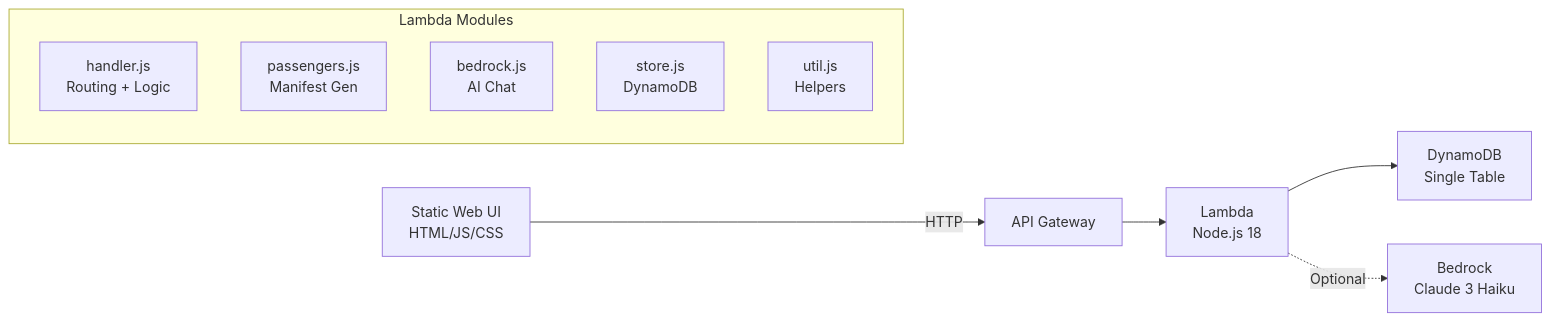
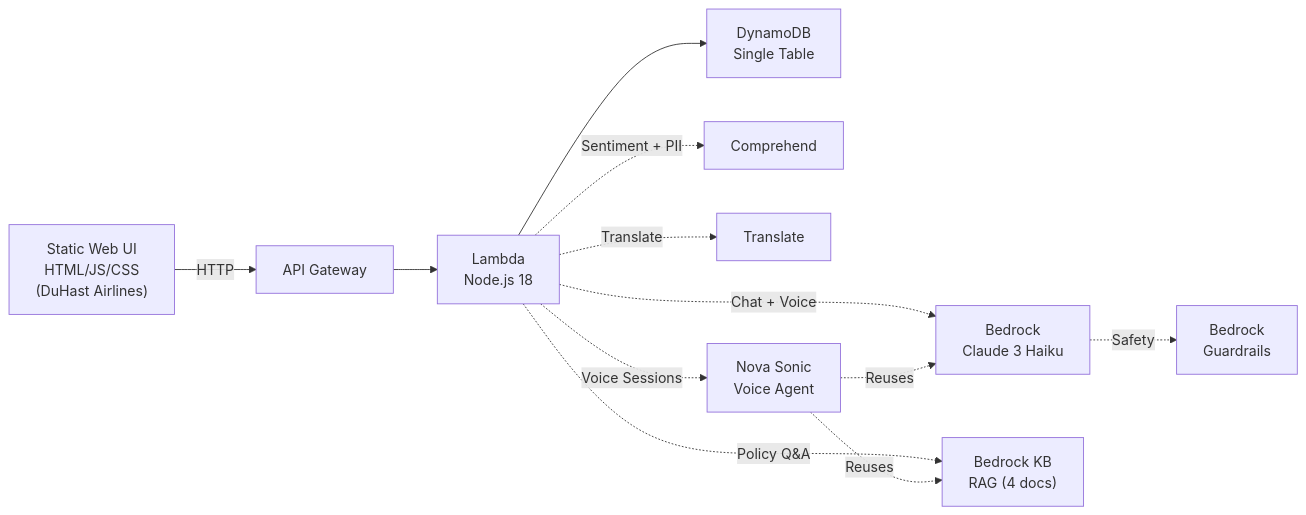
Before and after one commit to gtomwag/aws-gen-ai-ic-pia-bootcamp: the diagram in docs/hackathon/project-report.md, drawn with Mermaid. The commit also changed other lines of this file and 8 other files, not shown here.

First line of the commit message:
Refactor documentation for DuHast Airlines project

````diff
--- a/docs/hackathon/project-report.md
+++ b/docs/hackathon/project-report.md
@@ -116,15 +130,14 @@
 ```mermaid
 graph LR
-    A["Static Web UI<br>HTML/JS/CSS"] -->|HTTP| B["API Gateway"]
+    A["Static Web UI<br>HTML/JS/CSS<br>(DuHast Airlines)"] -->|HTTP| B["API Gateway"]
     B --> C["Lambda<br>Node.js 18"]
     C --> D["DynamoDB<br>Single Table"]
-    C -.->|Optional| E["Bedrock<br>Claude 3 Haiku"]
-    
-    subgraph "Lambda Modules"
-        C1["handler.js<br>Routing + Logic"]
-        C2["passengers.js<br>Manifest Gen"]
-        C3["bedrock.js<br>AI Chat"]
-        C4["store.js<br>DynamoDB"]
-        C5["util.js<br>Helpers"]
-    end
+    C -.->|"Chat + Voice"| E["Bedrock<br>Claude 3 Haiku"]
+    C -.->|"Policy Q&A"| KB["Bedrock KB<br>RAG (4 docs)"]
+    E -.->|"Safety"| BG["Bedrock<br>Guardrails"]
+    C -.->|"Sentiment + PII"| CO["Comprehend"]
+    C -.->|"Translate"| TR["Translate"]
+    C -.->|"Voice Sessions"| VS["Nova Sonic<br>Voice Agent"]
+    VS -.->|"Reuses"| E
+    VS -.->|"Reuses"| KB
 ```
````
